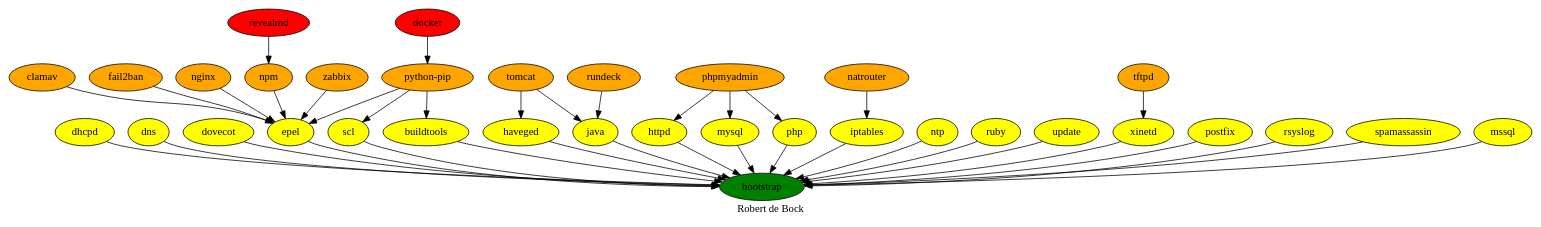
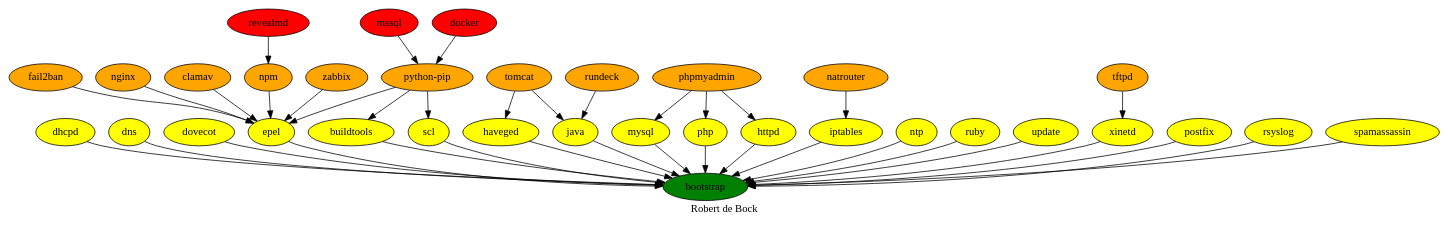
Before and after one commit to robertdebock/robertdebock.github.io: the diagram in dependencies.dot, drawn with Graphviz.

Commit message:
Update dependencies.dot
Change dependency of mssql.

```diff
--- a/dependencies.dot
+++ b/dependencies.dot
@@ -1,50 +1,50 @@
 digraph PhiloDilemma {
   label = "Robert de Bock" ;
   overlap=false
   {
     bootstrap [fillcolor=green style=filled]
     clamav [fillcolor=orange style=filled]
     dhcpd [fillcolor=yellow style=filled]
     dns [fillcolor=yellow style=filled]
     dovecot [fillcolor=yellow style=filled]
     epel [fillcolor=yellow style=filled]
     fail2ban [fillcolor=orange style=filled]
     haveged [fillcolor=yellow style=filled]
     httpd [fillcolor=yellow style=filled]
     iptables [fillcolor=yellow style=filled]
     java [fillcolor=yellow style=filled]
     ntp [fillcolor=yellow style=filled]
     ruby [fillcolor=yellow style=filled]
     scl [fillcolor=yellow style=filled]
     update [fillcolor=yellow style=filled]
     xinetd [fillcolor=yellow style=filled]
     buildtools [fillcolor=yellow style=filled]
     nginx [fillcolor=orange style=filled]
     "python-pip" [fillcolor=orange style=filled]
     postfix [fillcolor=yellow style=filled]
     rsyslog [fillcolor=yellow style=filled]
     spamassassin [fillcolor=yellow style=filled]
     docker [fillcolor=red style=filled]
     mysql [fillcolor=yellow style=filled]
-    mssql [fillcolor=yellow style=filled]
+    mssql [fillcolor=red style=filled]
     npm [fillcolor=orange style=filled]
     natrouter [fillcolor=orange style=filled]
     php [fillcolor=yellow style=filled]
     phpmyadmin [fillcolor=orange style=filled]
     revealmd [fillcolor=red style=filled]
     rundeck [fillcolor=orange style=filled]
     tftpd [fillcolor=orange style=filled]
     tomcat [fillcolor=orange style=filled]
     zabbix [fillcolor=orange style=filled]
   }
-  {"buildtools" "dhcpd" "dns" "dovecot" "epel" "haveged" "httpd" "iptables" "java" "mysql" "mssql" "ntp" "php" "postfix" "rsyslog" "ruby" "scl" "spamassassin" "update" "xinetd"} -> bootstrap
+  {"buildtools" "dhcpd" "dns" "dovecot" "epel" "haveged" "httpd" "iptables" "java" "mysql" "ntp" "php" "postfix" "rsyslog" "ruby" "scl" "spamassassin" "update" "xinetd"} -> bootstrap
   {"clamav" "fail2ban" "nginx" "npm" "python-pip" "zabbix"} -> "epel"
-  {"docker"} -> "python-pip"
+  {"docker" "mssql"} -> "python-pip"
   "revealmd" -> "npm"
   "natrouter" -> "iptables"
   "tftpd" -> "xinetd" 
   "phpmyadmin" -> {"php" "httpd" "mysql"}
   "python-pip" -> {"buildtools" "scl"}
   {"rundeck" "tomcat"} -> java
   {"tomcat"} -> haveged
 }
```
